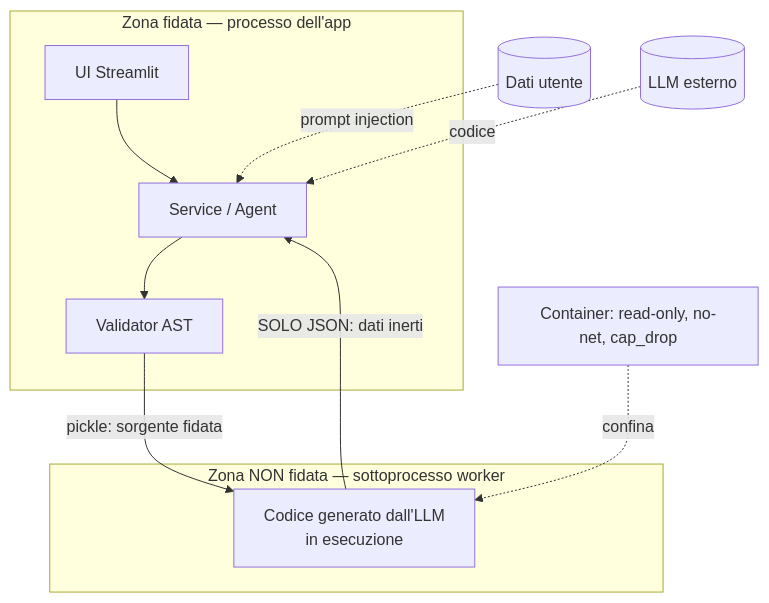
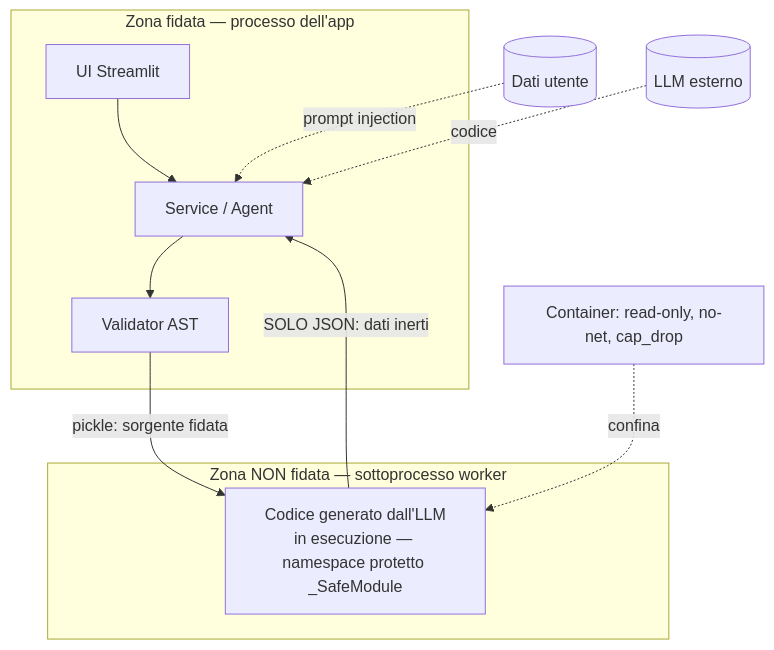
The diagram in THREAT_MODEL.md (raffaeleciccone-analyst/Natural-Language-Data-Analyst), drawn with Mermaid before and after one commit. The commit also changed other lines of this file and 2 other files, not shown here.

First line of the commit message:
docs: allinea la sicurezza alla realta' — traversata moduli chiusa da _SafeModule

````diff
--- a/THREAT_MODEL.md
+++ b/THREAT_MODEL.md
@@ -23,15 +23,15 @@
 ```mermaid
 flowchart TB
     subgraph fidato["Zona fidata — processo dell'app"]
         UI[UI Streamlit] --> SVC[Service / Agent]
         SVC --> V[Validator AST]
     end
     subgraph nonfidato["Zona NON fidata — sottoprocesso worker"]
-        W[Codice generato dall'LLM<br/>in esecuzione]
+        W[Codice generato dall'LLM<br/>in esecuzione — namespace protetto _SafeModule]
     end
     D[(Dati utente)] -.prompt injection.-> SVC
     L[(LLM esterno)] -.codice.-> SVC
     V -->|pickle: sorgente fidata| W
     W -->|SOLO JSON: dati inerti| SVC
     C[Container: read-only, no-net, cap_drop] -.confina.-> W
 ```
````
